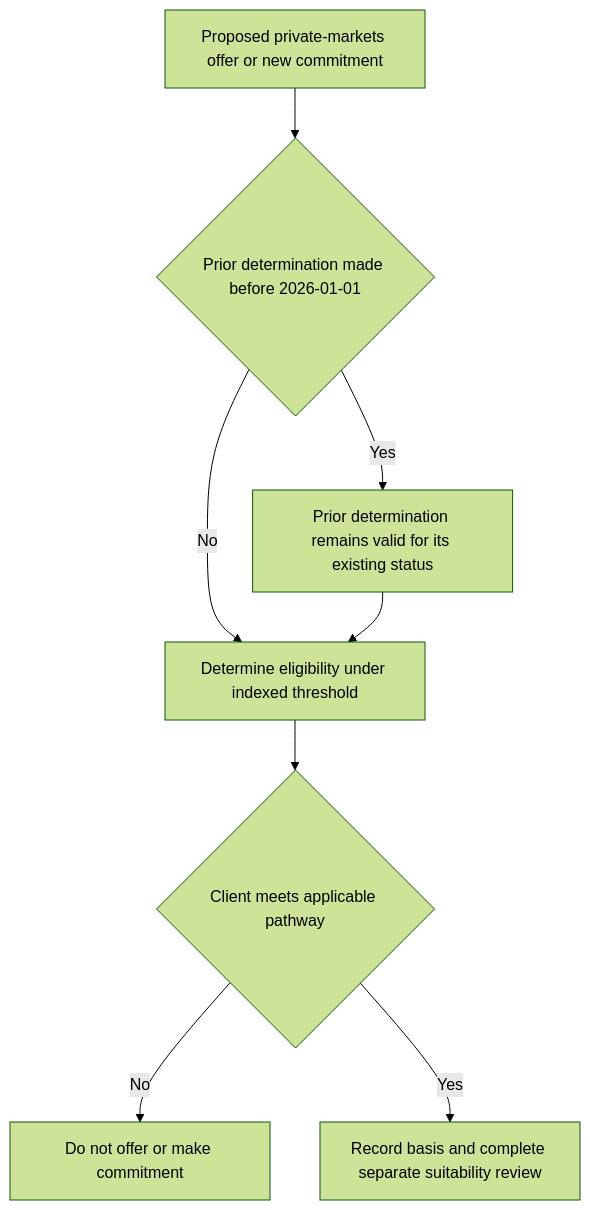
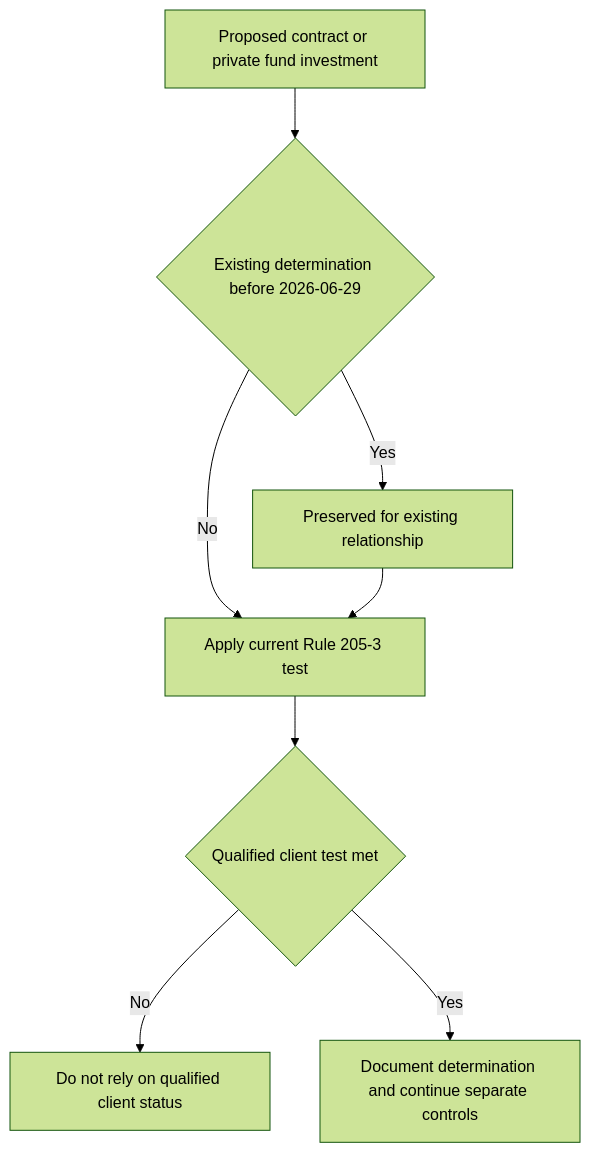
One commit to xuro-langchain/wealth-research-corpus changed the diagram in openwiki/regulatory/sec-qualified-purchaser.md. Above: the diagram before and after it, drawn with Mermaid (forest theme). The commit also changed other lines of this file and 43 other files, not shown here.

````diff
--- a/openwiki/regulatory/sec-qualified-purchaser.md
+++ b/openwiki/regulatory/sec-qualified-purchaser.md
@@ -42,10 +48,10 @@
 ```mermaid
 flowchart TD
-    Proposal["Proposed private-markets offer or new commitment"] --> Prior{"Prior determination made before 2026-01-01"}
-    Prior -->|"No"| NewTest["Determine eligibility under indexed threshold"]
-    Prior -->|"Yes"| Continue["Prior determination remains valid for its existing status"]
-    Continue --> NewTest
-    NewTest --> Meets{"Client meets applicable pathway"}
-    Meets -->|"No"| Stop["Do not offer or make commitment"]
-    Meets -->|"Yes"| Record["Record basis and complete separate suitability review"]
+    Proposed["Proposed contract or private fund investment"] --> Earlier{"Existing determination before 2026-06-29"}
+    Earlier -->|"No"| Test["Apply current Rule 205-3 test"]
+    Earlier -->|"Yes"| Existing["Preserved for existing relationship"]
+    Existing --> Test
+    Test --> Meets{"Qualified client test met"}
+    Meets -->|"No"| Stop["Do not rely on qualified client status"]
+    Meets -->|"Yes"| Record["Document determination and continue separate controls"]
 ```
````
